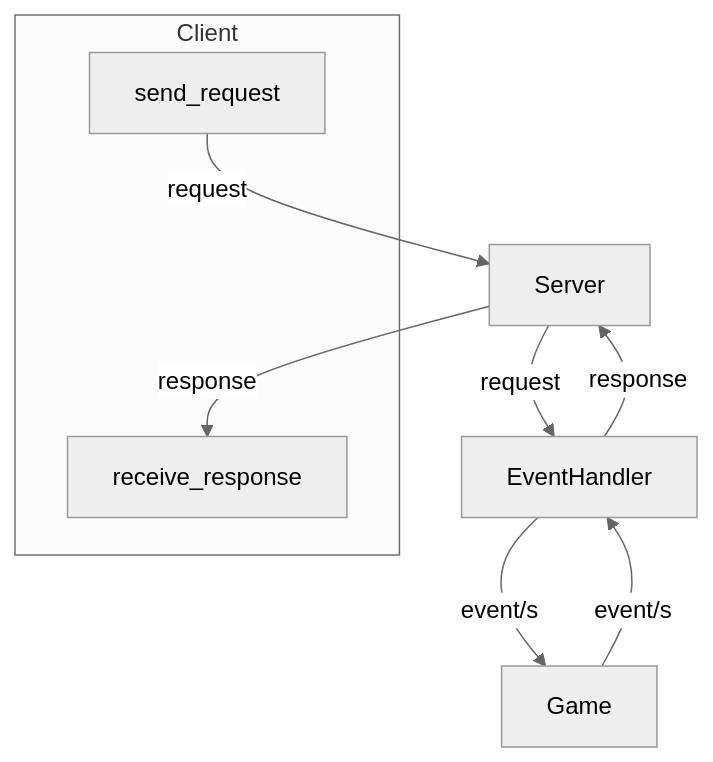
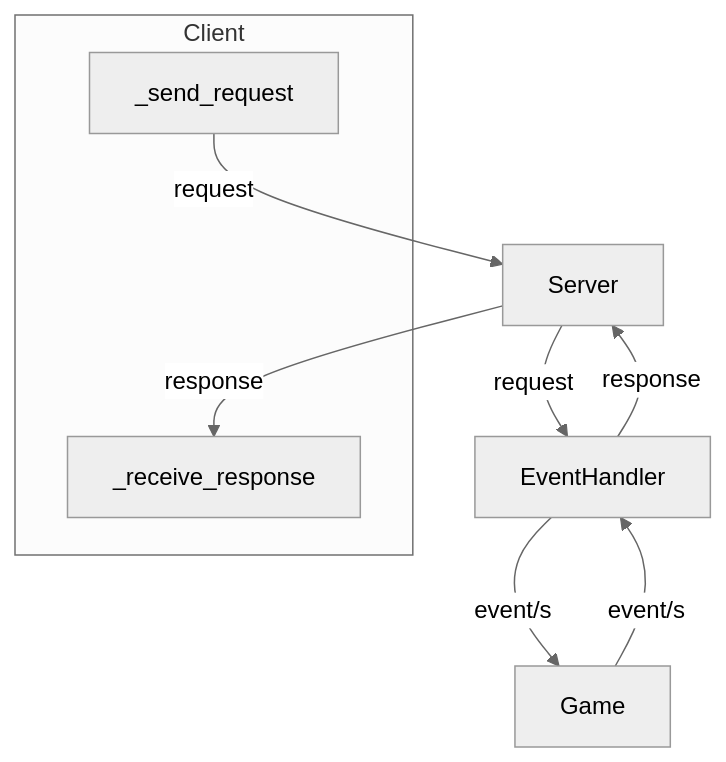
Before and after one commit to likecookiesstudio/ecs-game-engine: the second of 6 diagrams in README.md, drawn with Mermaid (neutral theme). The commit also changed other lines of this file and 2 other files, not shown here.

First line of the commit message:
Feature/update-docs-for-client-and-server (#3)

````diff
--- a/README.md
+++ b/README.md
@@ -24,15 +24,15 @@
 ```mermaid
 graph TD;
     subgraph Client
-    send_request
-    receive_response
+    _send_request
+    _receive_response
     end
 
-    send_request--request-->Server;
+    _send_request--request-->Server;
     Server--request-->EventHandler;
     EventHandler--event/s-->Game;
 
     Game--event/s-->EventHandler;
     EventHandler--response-->Server;
-    Server--response-->receive_response;
+    Server--response-->_receive_response;
 ```
````
